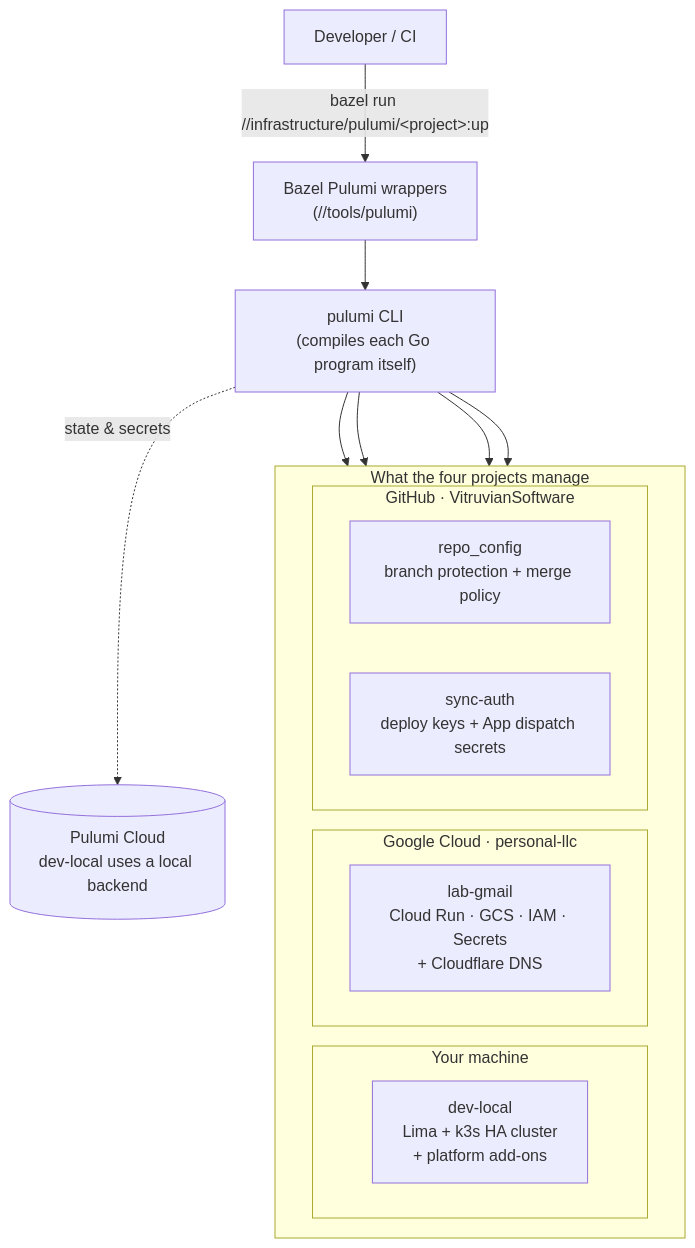
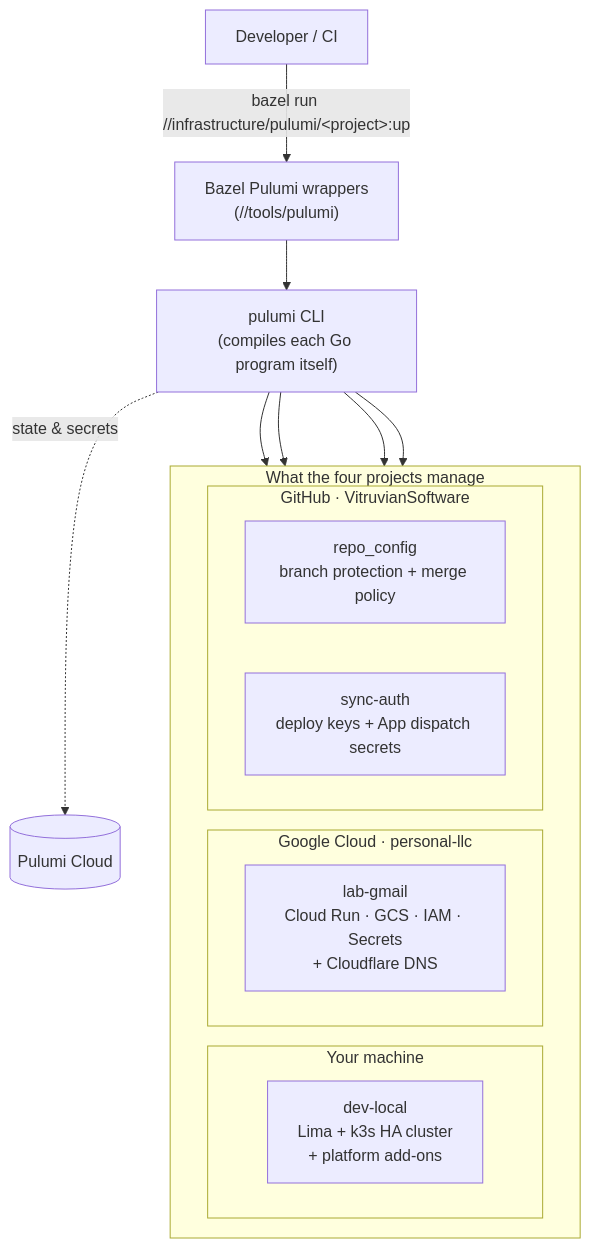
One commit to VitruvianSoftware/vitruvian-core changed the diagram in docs/infrastructure/index.md. Above: the diagram before and after it, drawn with Mermaid. The commit also changed other lines of this file and 4 other files, not shown here.

First line of the commit message:
docs(infrastructure): add validated resilience catalog; fix dev-local backend facts

````diff
--- a/docs/infrastructure/index.md
+++ b/docs/infrastructure/index.md
@@ -34,26 +36,26 @@
 ```mermaid
 flowchart TB
     dev["Developer / CI"] -->|"bazel run //infrastructure/pulumi/&lt;project&gt;:up"| wrap["Bazel Pulumi wrappers<br/>(//tools/pulumi)"]
     wrap --> pulumi["pulumi CLI<br/>(compiles each Go program itself)"]
 
     subgraph targets["What the four projects manage"]
       direction LR
       subgraph local["Your machine"]
         k3s["dev-local<br/>Lima + k3s HA cluster<br/>+ platform add-ons"]
       end
       subgraph gcp["Google Cloud · personal-llc"]
         gcprun["lab-gmail<br/>Cloud Run · GCS · IAM · Secrets<br/>+ Cloudflare DNS"]
       end
       subgraph gh["GitHub · VitruvianSoftware"]
         repocfg["repo_config<br/>branch protection + merge policy"]
         syncauth["sync-auth<br/>deploy keys + App dispatch secrets"]
       end
     end
 
     pulumi --> k3s
     pulumi --> gcprun
     pulumi --> repocfg
     pulumi --> syncauth
 
-    pulumi -. "state &amp; secrets" .-> state[("Pulumi Cloud<br/>dev-local uses a local backend")]
+    pulumi -. "state &amp; secrets" .-> state[("Pulumi Cloud")]
 ```
````
